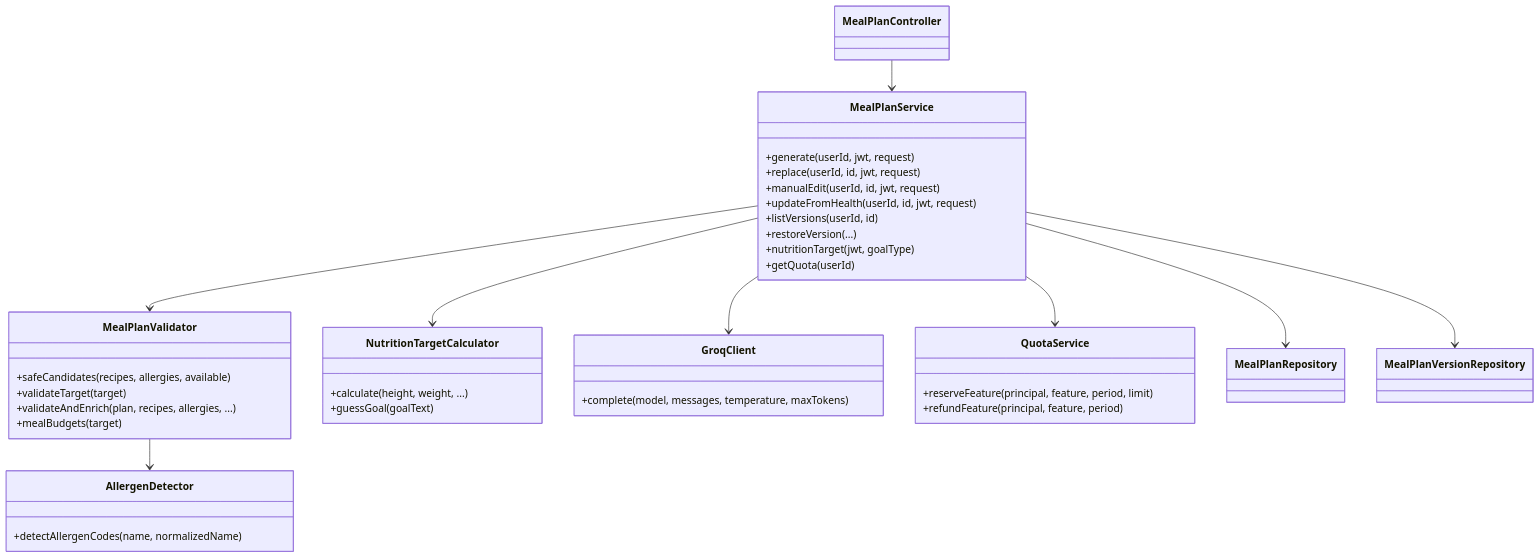
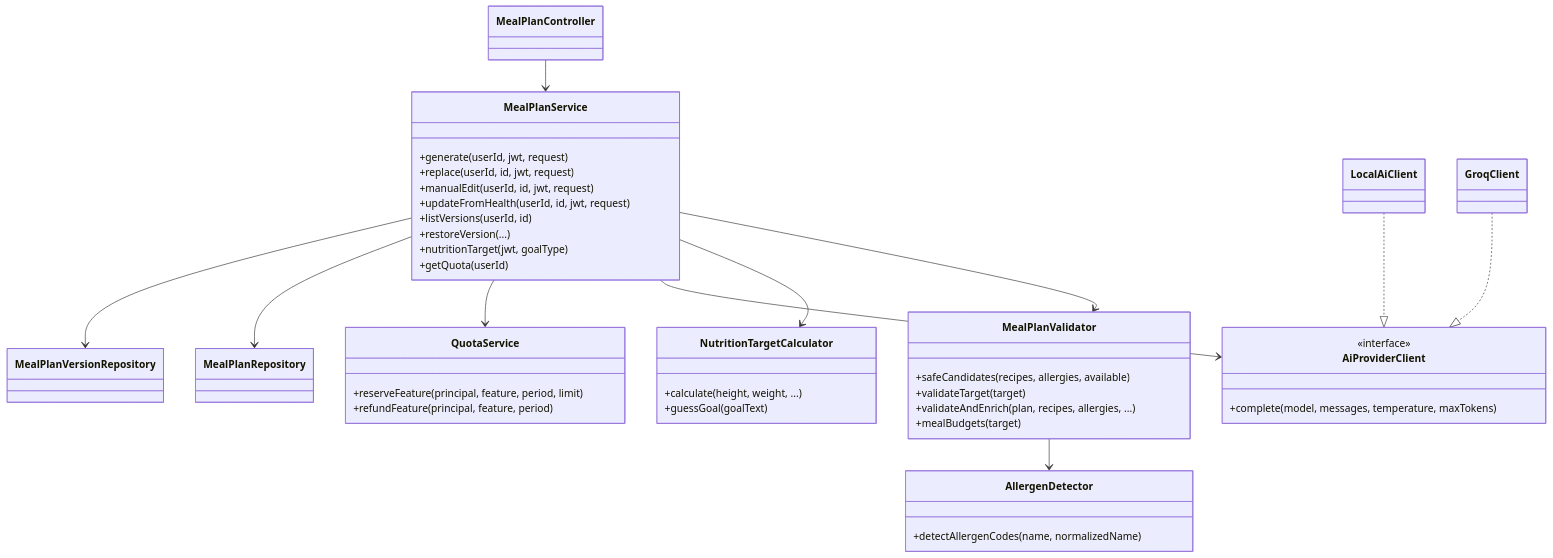
One commit to Phu0312/VeggiePal-Microservice changed diagram 23 of 33 in docs/REPORT7_FINAL_PROJECT_REPORT.md. Above: the diagram before and after it, drawn with Mermaid. The commit also changed other lines of this file and 7 other files, not shown here.

````diff
--- a/docs/REPORT7_FINAL_PROJECT_REPORT.md
+++ b/docs/REPORT7_FINAL_PROJECT_REPORT.md
@@ -2141,44 +2158,49 @@
 ```mermaid
 classDiagram
     class MealPlanController
     class MealPlanService {
         +generate(userId, jwt, request)
         +replace(userId, id, jwt, request)
         +manualEdit(userId, id, jwt, request)
         +updateFromHealth(userId, id, jwt, request)
         +listVersions(userId, id)
         +restoreVersion(...)
         +nutritionTarget(jwt, goalType)
         +getQuota(userId)
     }
     class MealPlanValidator {
         +safeCandidates(recipes, allergies, available)
         +validateTarget(target)
         +validateAndEnrich(plan, recipes, allergies, ...)
         +mealBudgets(target)
     }
     class AllergenDetector {
         +detectAllergenCodes(name, normalizedName)
     }
     class NutritionTargetCalculator {
         +calculate(height, weight, ...)
         +guessGoal(goalText)
     }
-    class GroqClient {
+    class AiProviderClient {
+        <<interface>>
         +complete(model, messages, temperature, maxTokens)
     }
+    class LocalAiClient
+    class GroqClient
     class QuotaService {
         +reserveFeature(principal, feature, period, limit)
         +refundFeature(principal, feature, period)
     }
     class MealPlanRepository
     class MealPlanVersionRepository
     MealPlanController --> MealPlanService
     MealPlanService --> MealPlanValidator
     MealPlanService --> NutritionTargetCalculator
-    MealPlanService --> GroqClient
+    MealPlanService --> AiProviderClient
+    LocalAiClient ..|> AiProviderClient
+    GroqClient ..|> AiProviderClient
     MealPlanService --> QuotaService
     MealPlanService --> MealPlanRepository
     MealPlanService --> MealPlanVersionRepository
     MealPlanValidator --> AllergenDetector
 ```
````
